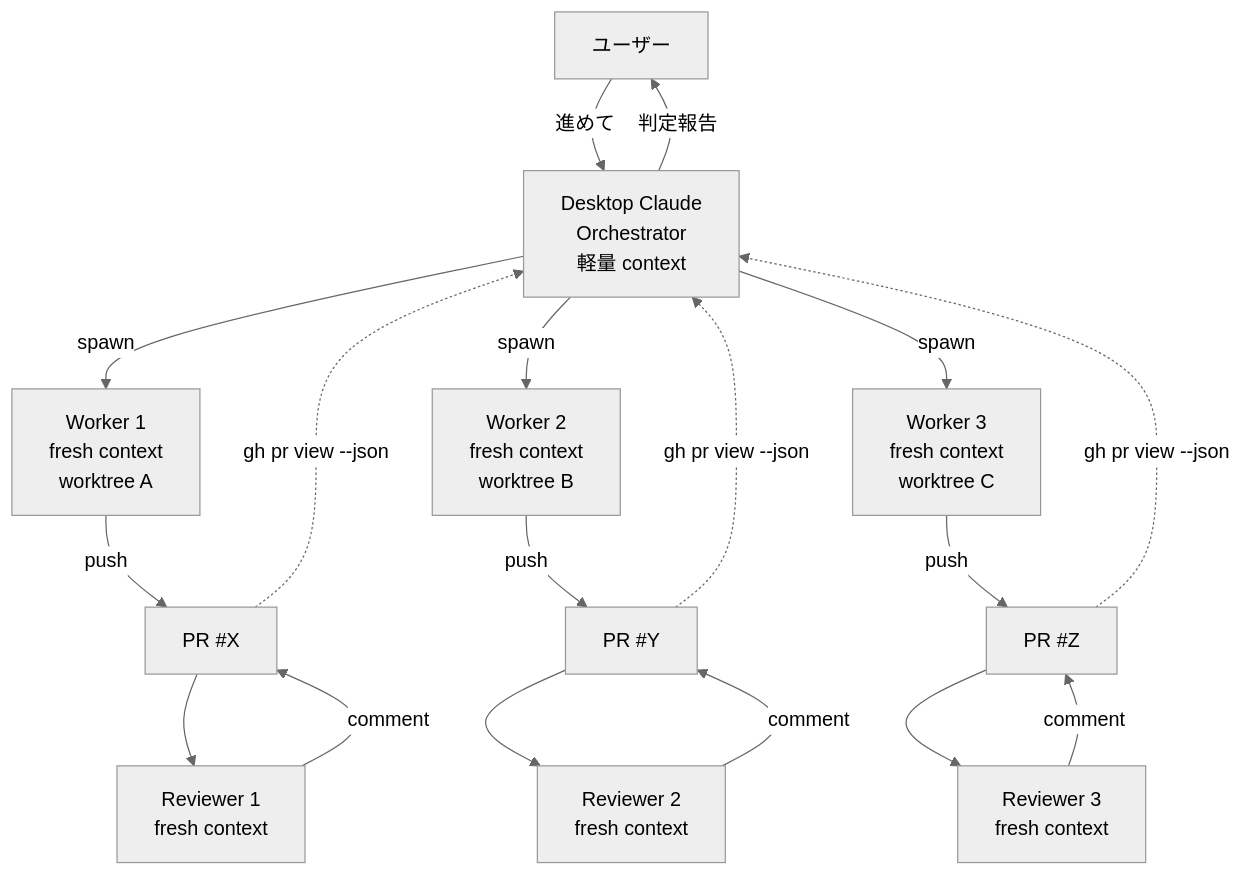
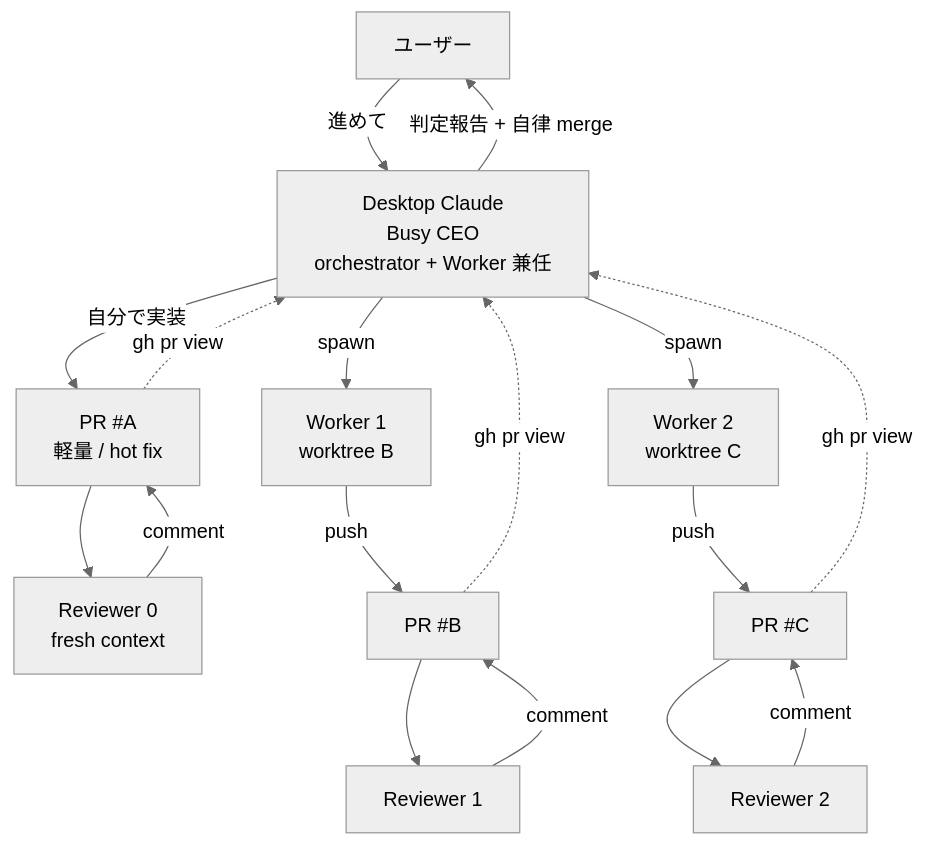
One commit to cometa-kaito/kimiterrace-v2 changed the diagram in CLAUDE.md. Above: the diagram before and after it, drawn with Mermaid (neutral theme). The commit also changed other lines of this file and 1 other file, not shown here.

First line of the commit message:
docs(meta): adopt Busy CEO operating mode (Desktop = orchestrator + Worker)

````diff
--- a/CLAUDE.md
+++ b/CLAUDE.md
@@ -55,28 +77,26 @@
 ```mermaid
 flowchart TD
     User[ユーザー]
-    Desktop[Desktop Claude<br/>Orchestrator<br/>軽量 context]
+    Desktop[Desktop Claude<br/>Busy CEO<br/>orchestrator + Worker 兼任]
     User -->|進めて| Desktop
 
-    Desktop -->|spawn| W1[Worker 1<br/>fresh context<br/>worktree A]
-    Desktop -->|spawn| W2[Worker 2<br/>fresh context<br/>worktree B]
-    Desktop -->|spawn| W3[Worker 3<br/>fresh context<br/>worktree C]
+    Desktop -->|自分で実装| Direct[PR #A<br/>軽量 / hot fix]
+    Desktop -->|spawn| W1[Worker 1<br/>worktree B]
+    Desktop -->|spawn| W2[Worker 2<br/>worktree C]
 
-    W1 -->|push| PR1[PR #X]
-    W2 -->|push| PR2[PR #Y]
-    W3 -->|push| PR3[PR #Z]
+    Direct --> R0[Reviewer 0<br/>fresh context]
+    W1 -->|push| PR1[PR #B]
+    W2 -->|push| PR2[PR #C]
+    PR1 --> R1[Reviewer 1]
+    PR2 --> R2[Reviewer 2]
 
-    PR1 --> R1[Reviewer 1<br/>fresh context]
-    PR2 --> R2[Reviewer 2<br/>fresh context]
-    PR3 --> R3[Reviewer 3<br/>fresh context]
-
+    R0 -->|comment| Direct
     R1 -->|comment| PR1
     R2 -->|comment| PR2
-    R3 -->|comment| PR3
 
-    PR1 -.->|gh pr view --json| Desktop
-    PR2 -.->|gh pr view --json| Desktop
-    PR3 -.->|gh pr view --json| Desktop
+    Direct -.->|gh pr view| Desktop
+    PR1 -.->|gh pr view| Desktop
+    PR2 -.->|gh pr view| Desktop
 
-    Desktop -->|判定報告| User
+    Desktop -->|判定報告 + 自律 merge| User
 ```
````
